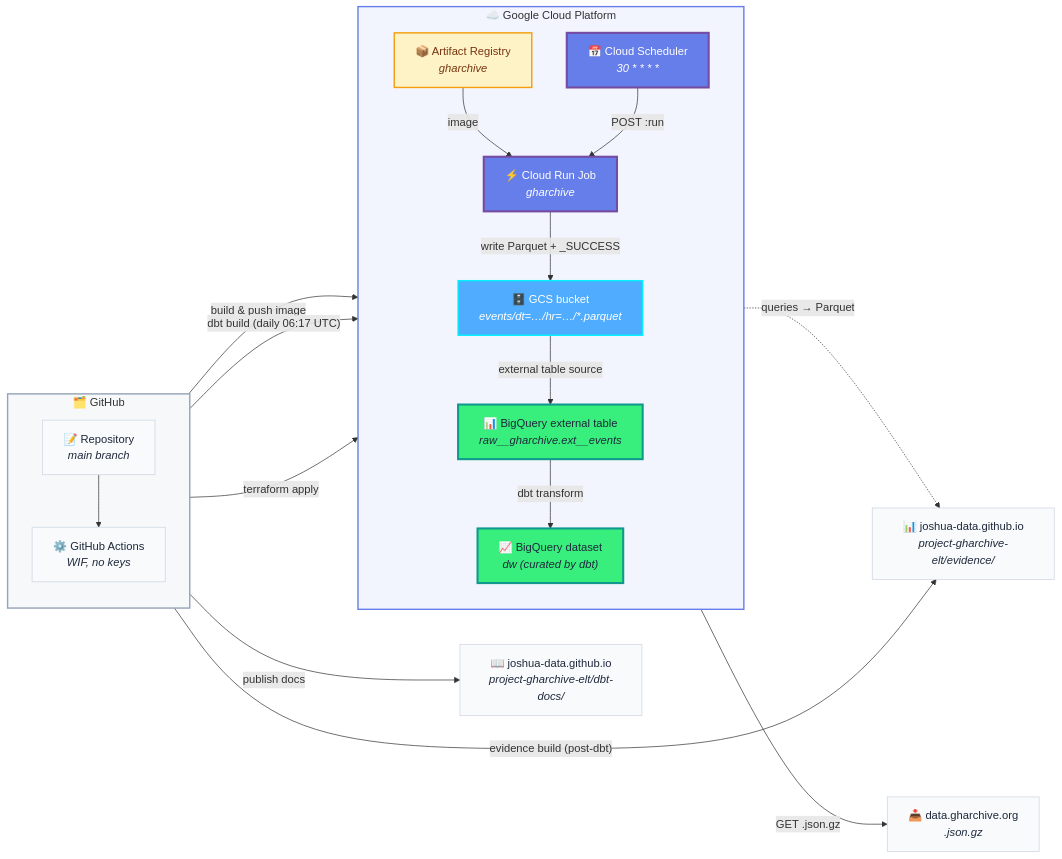
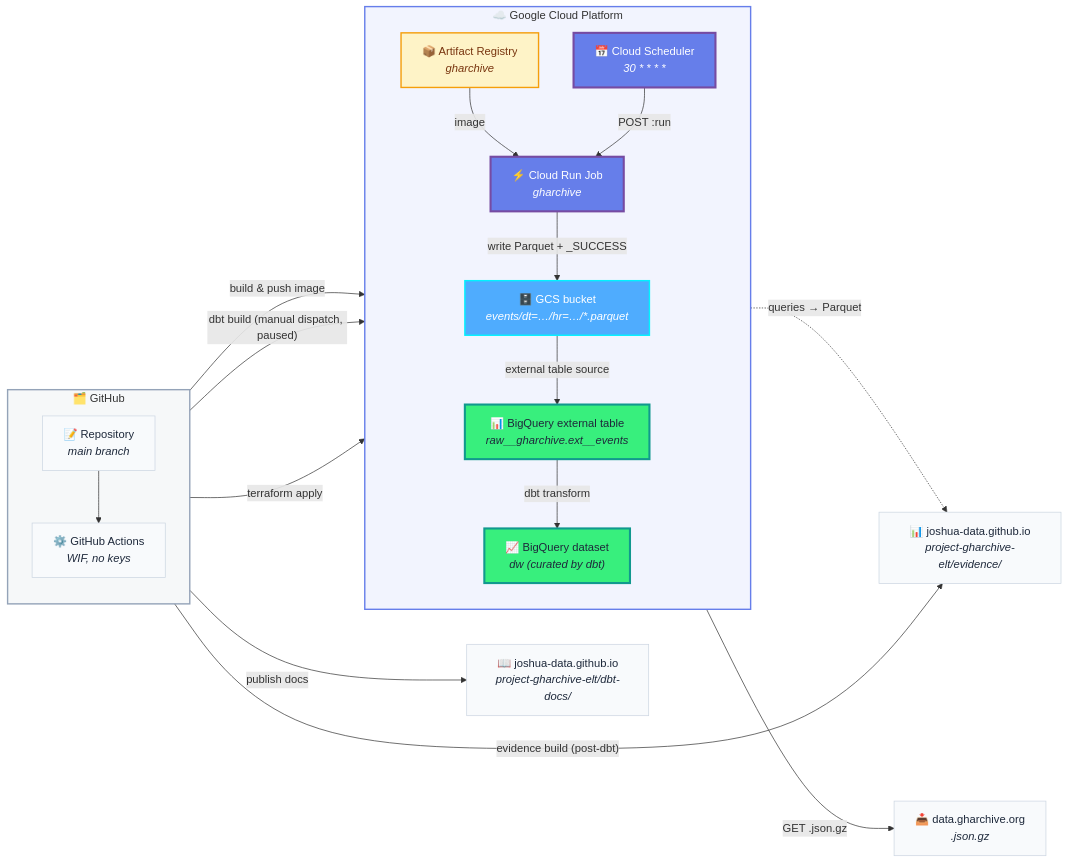
Before and after one commit to joshua-data/project-gharchive-elt: the diagram in README.md, drawn with Mermaid. The commit also changed other lines of this file and 2 other files, not shown here.

First line of the commit message:
chore(ci): pause daily dbt schedule; keep manual workflow_dispatch only

````diff
--- a/README.md
+++ b/README.md
@@ -16,51 +16,51 @@
 ```mermaid
 flowchart LR
     subgraph GH["🗂️ GitHub"]
         direction TB
         REPO["📝 Repository<br/><i>main branch</i>"]
         GHA["⚙️ GitHub Actions<br/><i>WIF, no keys</i>"]
     end
 
     subgraph GCP["☁️ Google Cloud Platform"]
         direction TB
         AR["📦 Artifact Registry<br/><i>gharchive</i>"]
         SCH["📅 Cloud Scheduler<br/><i>30 * * * *</i>"]
         JOB["⚡ Cloud Run Job<br/><i>gharchive</i>"]
         GCS["🗄️ GCS bucket<br/><i>events/dt=…/hr=…/*.parquet</i>"]
         BQ["📊 BigQuery external table<br/><i>raw__gharchive.ext__events</i>"]
         DW["📈 BigQuery dataset<br/><i>dw (curated by dbt)</i>"]
     end
 
     EXT["📥 data.gharchive.org<br/><i>.json.gz</i>"]
     DOCS["📖 joshua-data.github.io<br/><i>project-gharchive-elt/dbt-docs/</i>"]
     EVIDENCE["📊 joshua-data.github.io<br/><i>project-gharchive-elt/evidence/</i>"]
 
     REPO --> GHA
     GHA -->|"build &amp; push image"| AR
     GHA -->|"terraform apply"| GCP
-    GHA -->|"dbt build (daily 06:17 UTC)"| BQ
+    GHA -->|"dbt build (manual dispatch, paused)"| BQ
     GHA -->|"publish docs"| DOCS
     GHA -->|"evidence build (post-dbt)"| EVIDENCE
     AR -->|"image"| JOB
     SCH -->|"POST :run"| JOB
     JOB -->|"GET .json.gz"| EXT
     JOB -->|"write Parquet + _SUCCESS"| GCS
     GCS -->|"external table source"| BQ
     BQ -->|"dbt transform"| DW
     DW -.->|"queries → Parquet"| EVIDENCE
 
     classDef primary   fill:#667eea,stroke:#764ba2,color:#fff,stroke-width:3px
     classDef secondary fill:#4facfe,stroke:#00f2fe,color:#fff,stroke-width:2px
     classDef success   fill:#38ef7d,stroke:#11998e,color:#1e293b,stroke-width:3px
     classDef warning   fill:#fef3c7,stroke:#f59e0b,color:#78350f,stroke-width:2px
     classDef neutral   fill:#f8fafc,stroke:#cbd5e1,color:#1e293b,stroke-width:1px
 
     class JOB,SCH primary
     class GCS secondary
     class BQ,DW success
     class AR warning
     class REPO,GHA,EXT,DOCS,EVIDENCE neutral
 
     style GH fill:#94a3b815,stroke:#94a3b8,stroke-width:2px
     style GCP fill:#667eea15,stroke:#667eea,stroke-width:2px
 ```
````
